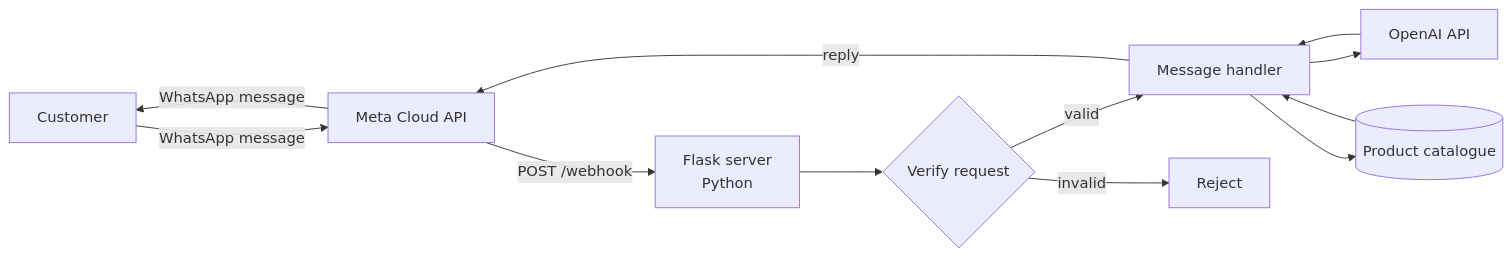
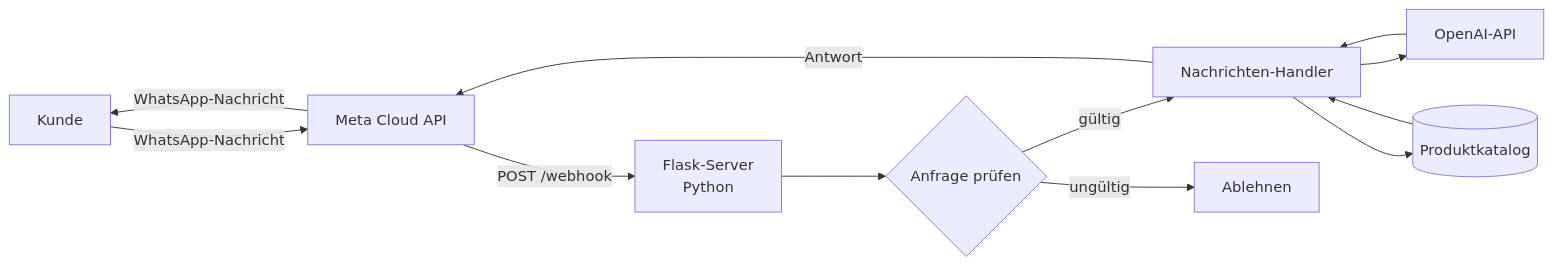
The diagram in README.md (El-Tousy/whatsapp-bot), drawn with Mermaid before and after one commit. The commit also changed other lines of this file, not shown here.

````diff
--- a/README.md
+++ b/README.md
@@ -62,14 +60,14 @@
 ```mermaid
 flowchart LR
-    A[Customer] -->|WhatsApp message| B[Meta Cloud API]
-    B -->|POST /webhook| C["Flask server<br/>Python"]
-    C --> D{Verify request}
-    D -->|valid| E[Message handler]
-    D -->|invalid| Z[Reject]
-    E --> F[OpenAI API]
-    E --> G[(Product catalogue)]
+    A[Kunde] -->|WhatsApp-Nachricht| B[Meta Cloud API]
+    B -->|POST /webhook| C["Flask-Server<br/>Python"]
+    C --> D{Anfrage prüfen}
+    D -->|gültig| E[Nachrichten-Handler]
+    D -->|ungültig| Z[Ablehnen]
+    E --> F[OpenAI-API]
+    E --> G[(Produktkatalog)]
     F --> E
     G --> E
-    E -->|reply| B
-    B -->|WhatsApp message| A
+    E -->|Antwort| B
+    B -->|WhatsApp-Nachricht| A
 ```
````
